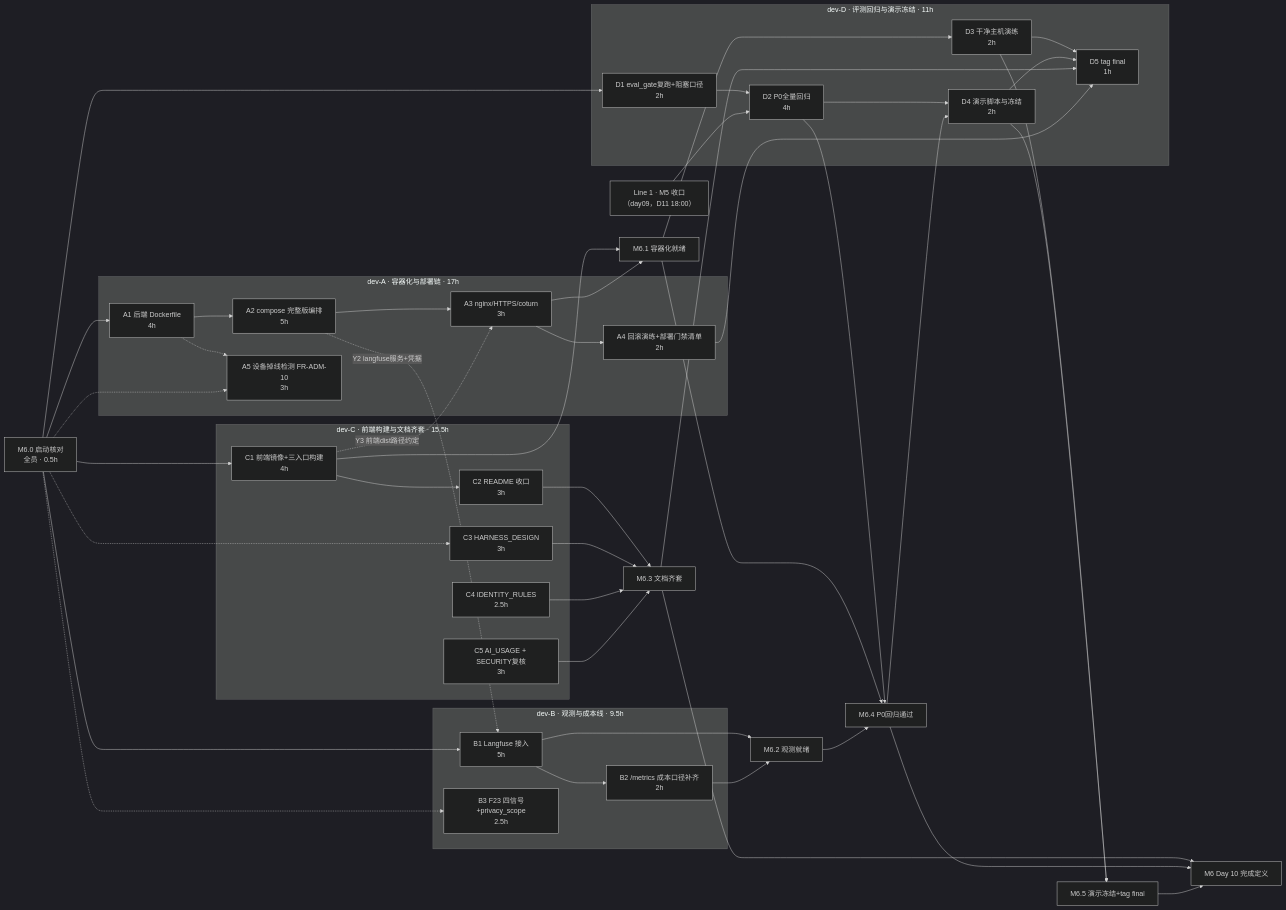
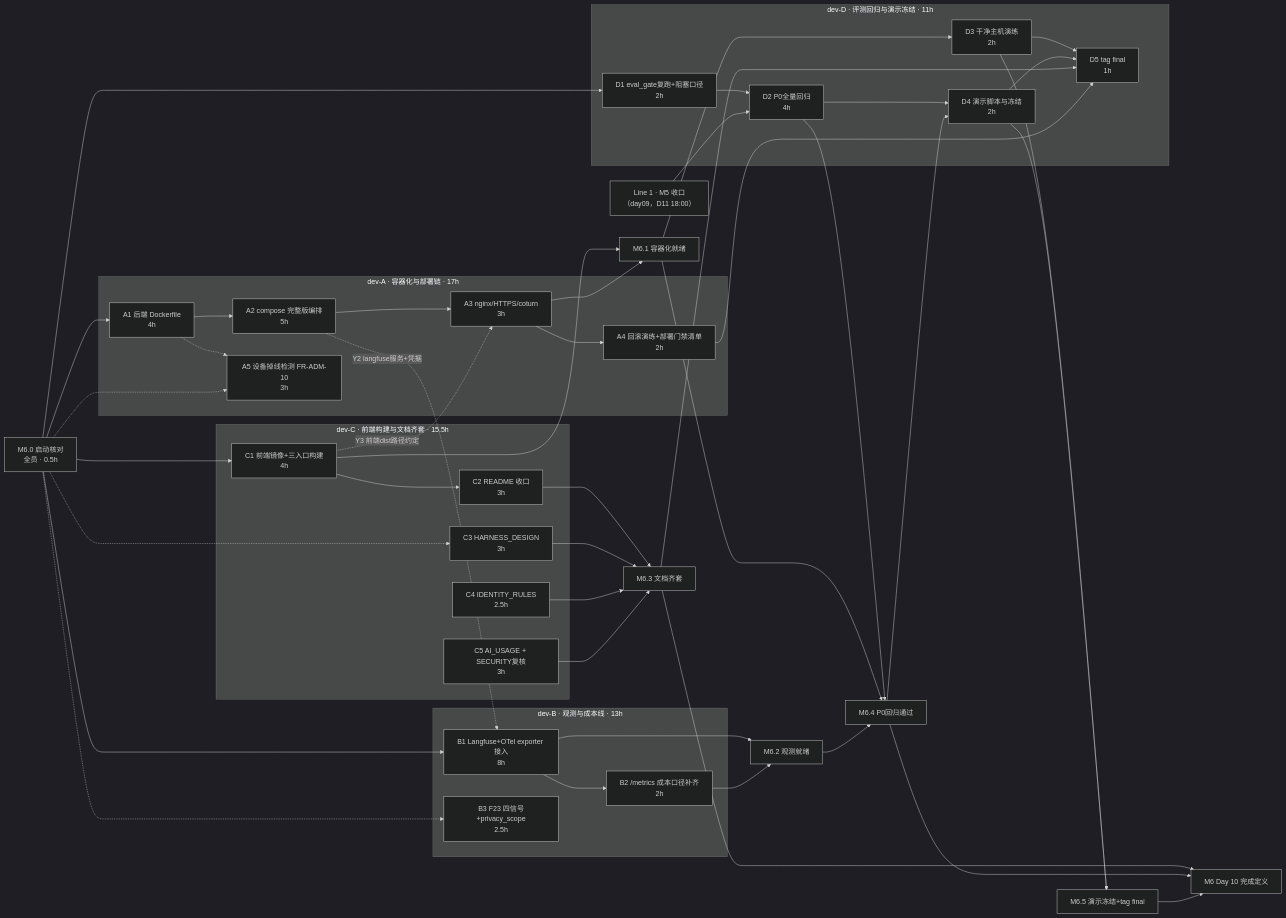
The diagram in docs/plans/day10/day-10-交付与观测-工作推进计划.md (zha-yu/kangban), drawn with Mermaid (dark theme) before and after one commit. The commit also changed other lines of this file and 3 other files, not shown here.

First line of the commit message:
docs(day10): Q10 裁决 A1 落档——B1 扩为 OTel SDK + Langfuse exporter 一体接入（v1.1）

````diff
--- a/docs/plans/day10/day-10-交付与观测-工作推进计划.md
+++ b/docs/plans/day10/day-10-交付与观测-工作推进计划.md
@@ -79,77 +79,77 @@
 ```mermaid
 flowchart LR
     M60["M6.0 启动核对<br/>全员 · 0.5h"]
 
     subgraph SA["dev-A · 容器化与部署链 · 17h"]
       A1["A1 后端 Dockerfile<br/>4h"]
       A2["A2 compose 完整版编排<br/>5h"]
       A3["A3 nginx/HTTPS/coturn<br/>3h"]
       A4["A4 回滚演练+部署门禁清单<br/>2h"]
       A5["A5 设备掉线检测 FR-ADM-10<br/>3h"]
       A1 --> A2
       A2 --> A3
       A3 --> A4
       A1 -.-> A5
     end
 
-    subgraph SB["dev-B · 观测与成本线 · 9.5h"]
-      B1["B1 Langfuse 接入<br/>5h"]
+    subgraph SB["dev-B · 观测与成本线 · 13h"]
+      B1["B1 Langfuse+OTel exporter 接入<br/>8h"]
       B2["B2 /metrics 成本口径补齐<br/>2h"]
       B3["B3 F23 四信号+privacy_scope<br/>2.5h"]
       B1 --> B2
     end
 
     subgraph SC["dev-C · 前端构建与文档齐套 · 15.5h"]
       C1["C1 前端镜像+三入口构建<br/>4h"]
       C2["C2 README 收口<br/>3h"]
       C3["C3 HARNESS_DESIGN<br/>3h"]
       C4["C4 IDENTITY_RULES<br/>2.5h"]
       C5["C5 AI_USAGE + SECURITY复核<br/>3h"]
       C1 --> C2
     end
 
     subgraph SD["dev-D · 评测回归与演示冻结 · 11h"]
       D1["D1 eval_gate复跑+阻塞口径<br/>2h"]
       D2["D2 P0全量回归<br/>4h"]
       D3["D3 干净主机演练<br/>2h"]
       D4["D4 演示脚本与冻结<br/>2h"]
       D5["D5 tag final<br/>1h"]
       D1 --> D2
       D2 --> D4
       D3 --> D5
       D4 --> D5
     end
 
     M60 --> A1
     M60 --> B1
     M60 --> C1
     M60 --> D1
     M60 -.-> A5
     M60 -.-> B3
     M60 -.-> C3
 
     A2 -. "Y2 langfuse服务+凭据" .-> B1
     C1 -. "Y3 前端dist路径约定" .-> A3
     A3 --> M61["M6.1 容器化就绪"]
     C1 --> M61
     B1 --> M62["M6.2 观测就绪"]
     B2 --> M62
     C2 --> M63["M6.3 文档齐套"]
     C3 --> M63
     C4 --> M63
     C5 --> M63
 
     L1M5["Line 1 · M5 收口<br/>（day09，D11 18:00）"] --> D2
     D2 --> M64["M6.4 P0回归通过"]
     M61 --> D3
     M63 --> D5
     M64 --> D4
     D3 --> M65["M6.5 演示冻结+tag final"]
     D4 --> M65
     A4 --> D5
     M61 --> M64
     M62 --> M64
     M63 --> M6["M6 Day 10 完成定义"]
     M64 --> M6
     M65 --> M6
 ```
````
